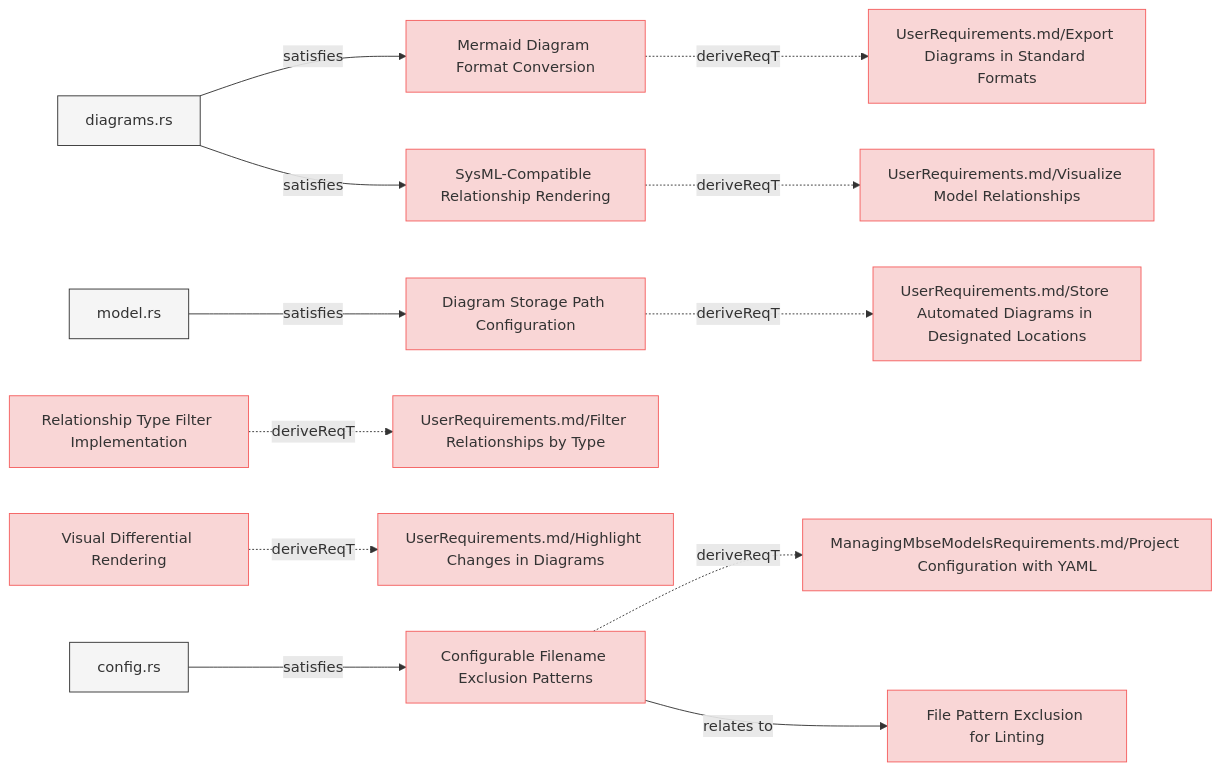
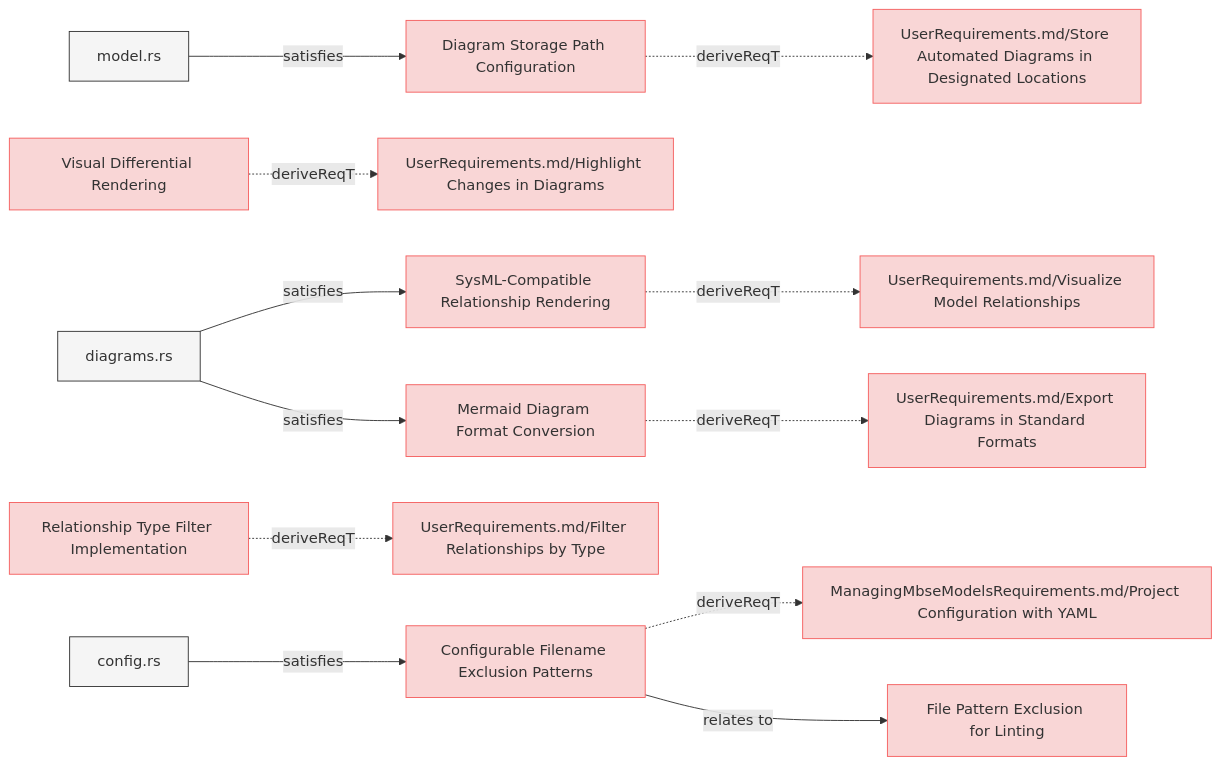
One commit to reqvire-org/reqvire changed the fifth of 8 diagrams in specifications/SystemRequirements/Requirements.md. Above: the diagram before and after it, drawn with Mermaid. The commit also changed other lines of this file and 92 other files, not shown here.

````diff
--- a/specifications/SystemRequirements/Requirements.md
+++ b/specifications/SystemRequirements/Requirements.md
@@ -586,68 +569,68 @@
 ```mermaid
 graph LR;
   %% Graph styling
   classDef requirement fill:#f9d6d6,stroke:#f55f5f,stroke-width:1px;
   classDef verification fill:#d6f9d6,stroke:#5fd75f,stroke-width:1px;
   classDef externalLink fill:#d0e0ff,stroke:#3080ff,stroke-width:1px;
   classDef default fill:#f5f5f5,stroke:#333333,stroke-width:1px;
 
+  191d27287e["Diagram Storage Path Configuration"];
+  click 191d27287e "Requirements.md#diagram-storage-path-configuration";
+  class 191d27287e requirement;
+  aee397f35b["UserRequirements.md/Store Automated Diagrams in Designated Locations"];
+  class aee397f35b requirement;
+  click aee397f35b "../UserRequirements.md#store-automated-diagrams-in-designated-locations";
+  191d27287e -.->|deriveReqT| aee397f35b;
+  6136c216c9["model.rs"];
+  class 6136c216c9 default;
+  click 6136c216c9 "../../core/src/model.rs";
+  6136c216c9 -->|satisfies| 191d27287e;
+  9860815d52["Visual Differential Rendering"];
+  click 9860815d52 "Requirements.md#visual-differential-rendering";
+  class 9860815d52 requirement;
+  fd7388e379["UserRequirements.md/Highlight Changes in Diagrams"];
+  class fd7388e379 requirement;
+  click fd7388e379 "../UserRequirements.md#highlight-changes-in-diagrams";
+  9860815d52 -.->|deriveReqT| fd7388e379;
+  c826c1ee7c["SysML-Compatible Relationship Rendering"];
+  click c826c1ee7c "Requirements.md#sysml-compatible-relationship-rendering";
+  class c826c1ee7c requirement;
+  a6a8362836["UserRequirements.md/Visualize Model Relationships"];
+  class a6a8362836 requirement;
+  click a6a8362836 "../UserRequirements.md#visualize-model-relationships";
+  c826c1ee7c -.->|deriveReqT| a6a8362836;
+  d4240e2969["diagrams.rs"];
+  class d4240e2969 default;
+  click d4240e2969 "../../core/src/diagrams.rs";
+  d4240e2969 -->|satisfies| c826c1ee7c;
+  cc8128cae3["Configurable Filename Exclusion Patterns"];
+  click cc8128cae3 "Requirements.md#configurable-filename-exclusion-patterns";
+  class cc8128cae3 requirement;
+  ce24dbacb9["ManagingMbseModelsRequirements.md/Project Configuration with YAML"];
+  class ce24dbacb9 requirement;
+  click ce24dbacb9 "../ManagingMbseModelsRequirements.md#project-configuration-with-yaml";
+  cc8128cae3 -.->|deriveReqT| ce24dbacb9;
+  c87fb8d32a["config.rs"];
+  class c87fb8d32a default;
+  click c87fb8d32a "../../cli/src/config.rs";
+  c87fb8d32a -->|satisfies| cc8128cae3;
+  45770e9b31["File Pattern Exclusion for Linting"];
+  class 45770e9b31 requirement;
+  click 45770e9b31 "Requirements.md#file-pattern-exclusion-for-linting";
+  cc8128cae3 -->|relates to| 45770e9b31;
+  1414e7f889["Relationship Type Filter Implementation"];
+  click 1414e7f889 "Requirements.md#relationship-type-filter-implementation";
+  class 1414e7f889 requirement;
+  30d97803eb["UserRequirements.md/Filter Relationships by Type"];
+  class 30d97803eb requirement;
+  click 30d97803eb "../UserRequirements.md#filter-relationships-by-type";
+  1414e7f889 -.->|deriveReqT| 30d97803eb;
   a7ec66314a["Mermaid Diagram Format Conversion"];
   click a7ec66314a "Requirements.md#mermaid-diagram-format-conversion";
   class a7ec66314a requirement;
   10c00a1bd1["UserRequirements.md/Export Diagrams in Standard Formats"];
   class 10c00a1bd1 requirement;
   click 10c00a1bd1 "../UserRequirements.md#export-diagrams-in-standard-formats";
   a7ec66314a -.->|deriveReqT| 10c00a1bd1;
-  d9e753e4d8["diagrams.rs"];
-  class d9e753e4d8 default;
-  click d9e753e4d8 "../../src/diagrams.rs";
-  d9e753e4d8 -->|satisfies| a7ec66314a;
-  c826c1ee7c["SysML-Compatible Relationship Rendering"];
-  click c826c1ee7c "Requirements.md#sysml-compatible-relationship-rendering";
-  class c826c1ee7c requirement;
-  a6a8362836["UserRequirements.md/Visualize Model Relationships"];
-  class a6a8362836 requirement;
-  click a6a8362836 "../UserRequirements.md#visualize-model-relationships";
-  c826c1ee7c -.->|deriveReqT| a6a8362836;
-  d9e753e4d8 -->|satisfies| c826c1ee7c;
-  191d27287e["Diagram Storage Path Configuration"];
-  click 191d27287e "Requirements.md#diagram-storage-path-configuration";
-  class 191d27287e requirement;
-  aee397f35b["UserRequirements.md/Store Automated Diagrams in Designated Locations"];
-  class aee397f35b requirement;
-  click aee397f35b "../UserRequirements.md#store-automated-diagrams-in-designated-locations";
-  191d27287e -.->|deriveReqT| aee397f35b;
-  74b4dd6a32["model.rs"];
-  class 74b4dd6a32 default;
-  click 74b4dd6a32 "../../src/model.rs";
-  74b4dd6a32 -->|satisfies| 191d27287e;
-  1414e7f889["Relationship Type Filter Implementation"];
-  click 1414e7f889 "Requirements.md#relationship-type-filter-implementation";
-  class 1414e7f889 requirement;
-  30d97803eb["UserRequirements.md/Filter Relationships by Type"];
-  class 30d97803eb requirement;
-  click 30d97803eb "../UserRequirements.md#filter-relationships-by-type";
-  1414e7f889 -.->|deriveReqT| 30d97803eb;
-  9860815d52["Visual Differential Rendering"];
-  click 9860815d52 "Requirements.md#visual-differential-rendering";
-  class 9860815d52 requirement;
-  fd7388e379["UserRequirements.md/Highlight Changes in Diagrams"];
-  class fd7388e379 requirement;
-  click fd7388e379 "../UserRequirements.md#highlight-changes-in-diagrams";
-  9860815d52 -.->|deriveReqT| fd7388e379;
-  cc8128cae3["Configurable Filename Exclusion Patterns"];
-  click cc8128cae3 "Requirements.md#configurable-filename-exclusion-patterns";
-  class cc8128cae3 requirement;
-  ce24dbacb9["ManagingMbseModelsRequirements.md/Project Configuration with YAML"];
-  class ce24dbacb9 requirement;
-  click ce24dbacb9 "../ManagingMbseModelsRequirements.md#project-configuration-with-yaml";
-  cc8128cae3 -.->|deriveReqT| ce24dbacb9;
-  5adb6eb451["config.rs"];
-  class 5adb6eb451 default;
-  click 5adb6eb451 "../../src/config.rs";
-  5adb6eb451 -->|satisfies| cc8128cae3;
-  45770e9b31["File Pattern Exclusion for Linting"];
-  class 45770e9b31 requirement;
-  click 45770e9b31 "Requirements.md#file-pattern-exclusion-for-linting";
-  cc8128cae3 -->|relates to| 45770e9b31;
+  d4240e2969 -->|satisfies| a7ec66314a;
 ```
````
